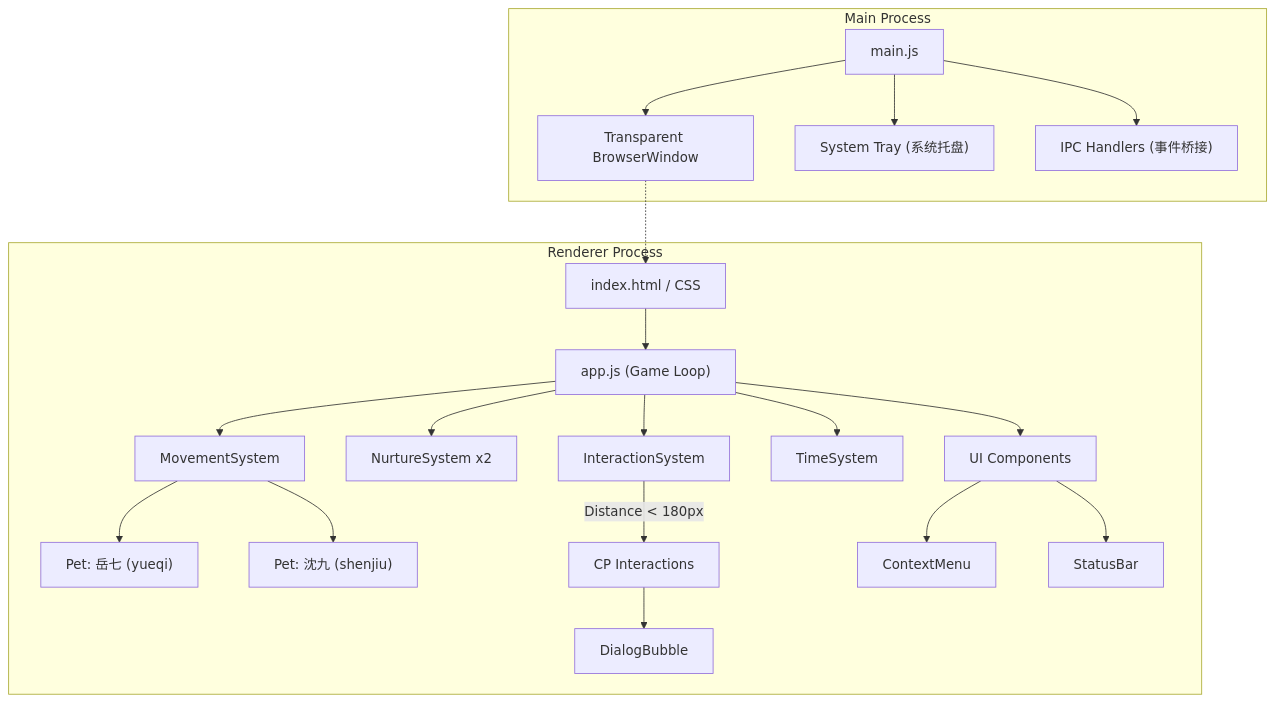
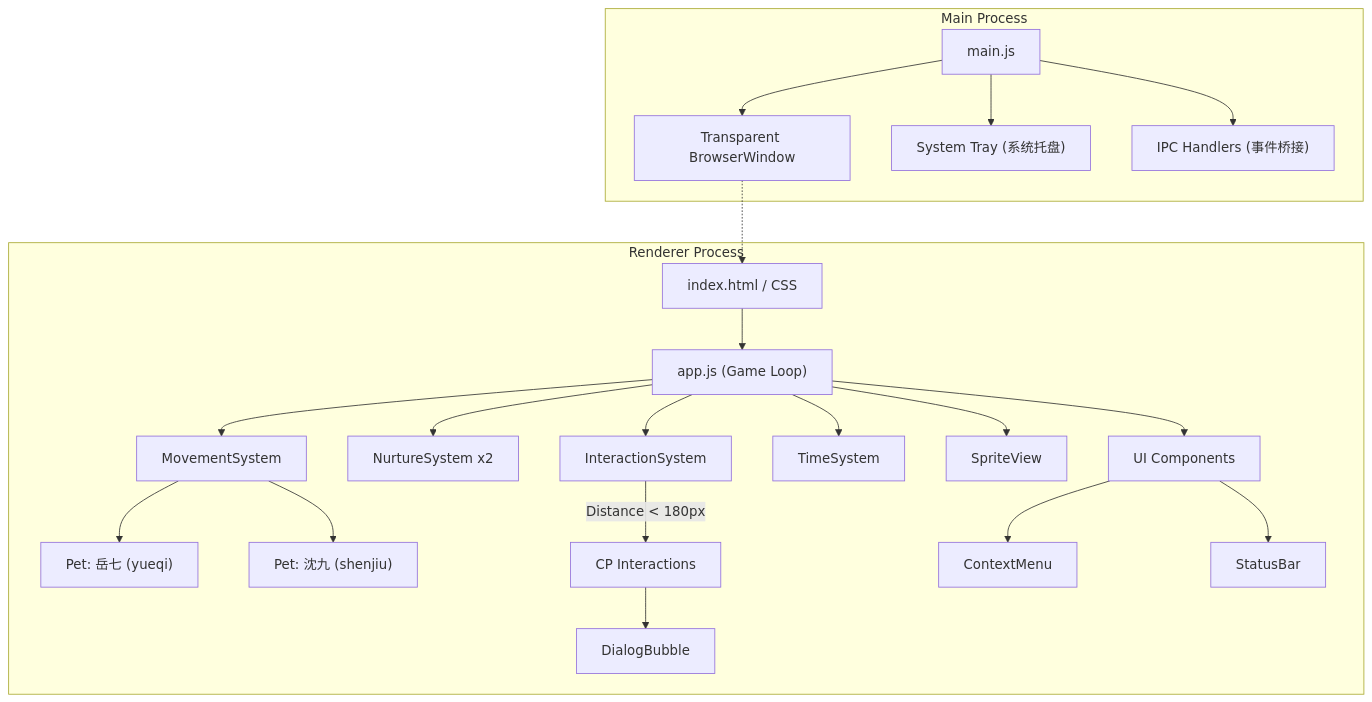
Before and after one commit to HuihuiDreams/qijiu-desktop-pet: the diagram in docs/structure.md, drawn with Mermaid. The commit also changed other lines of this file and 4 other files, not shown here.

Commit message:
docs: add feature ideas plan and update structure.md with SpriteView

````diff
--- a/docs/structure.md
+++ b/docs/structure.md
@@ -9,29 +9,30 @@
 ```mermaid
 graph TB
     subgraph Main Process
         Main["main.js"] --> Window["Transparent BrowserWindow"]
         Main --> Tray["System Tray (系统托盘)"]
         Main --> IPC["IPC Handlers (事件桥接)"]
     end
     
     subgraph Renderer Process
         HTML["index.html / CSS"] --> App["app.js (Game Loop)"]
         
         App --> Move["MovementSystem"]
         App --> Nurture["NurtureSystem x2"]
         App --> Interact["InteractionSystem"]
         App --> Time["TimeSystem"]
+        App --> Sprite["SpriteView"]
         
         Move --> YQ["Pet: 岳七 (yueqi)"]
         Move --> SJ["Pet: 沈九 (shenjiu)"]
         
         Interact -->|Distance < 180px| Events["CP Interactions"]
         Events --> Bubble["DialogBubble"]
         
         App --> UI["UI Components"]
         UI --> Menu["ContextMenu"]
         UI --> Status["StatusBar"]
     end
 
     Window -.-> HTML
 ```
````
